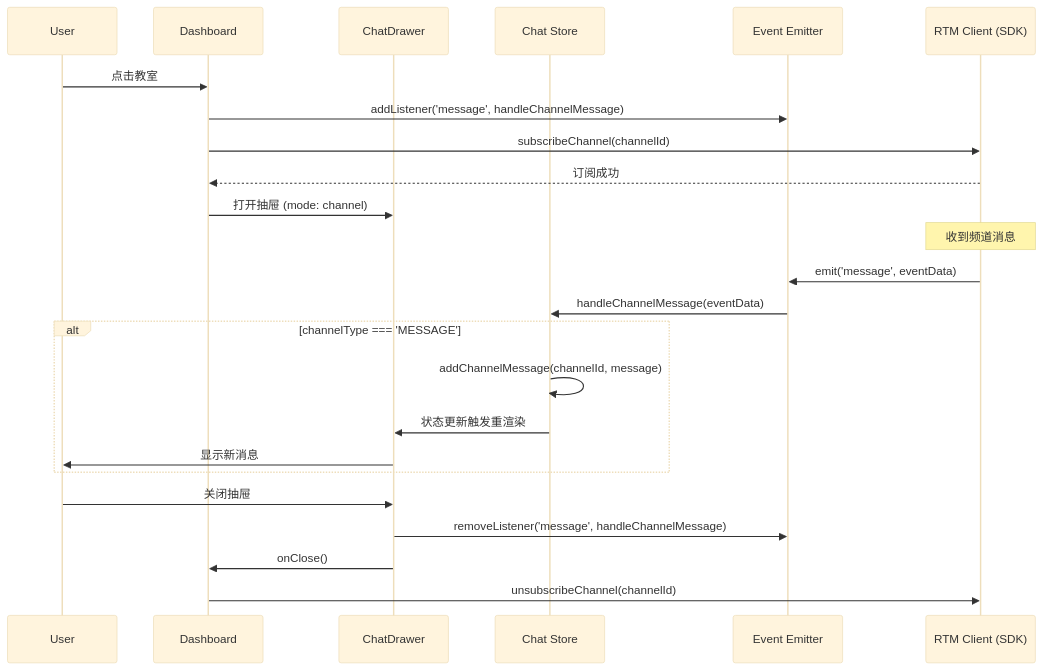
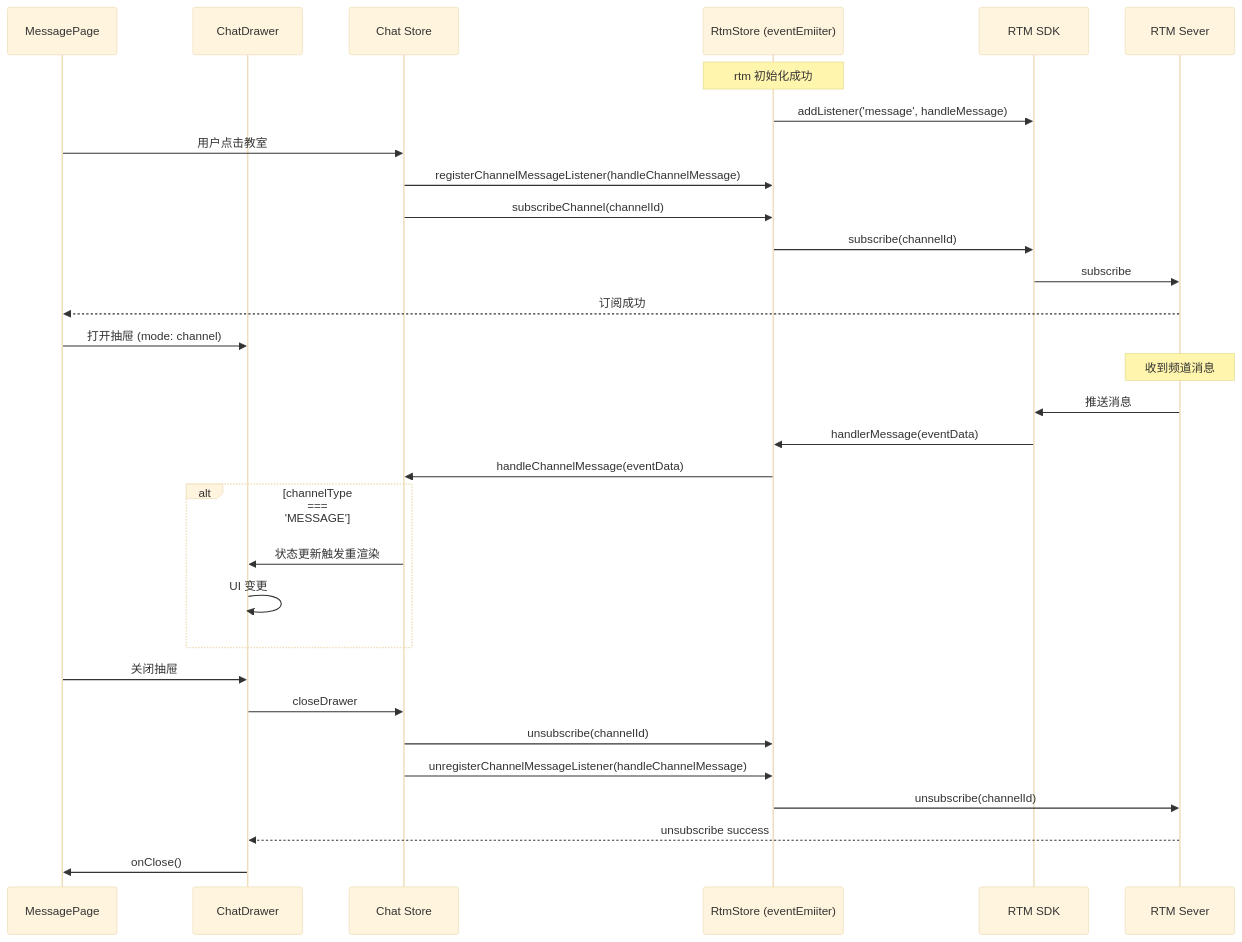
One commit to zhouxueqin0/WebRTM-Demos changed the third of 5 diagrams in docs/RTM_INTEGRATION.md. Above: the diagram before and after it, drawn with Mermaid (base theme). The commit also changed other lines of this file and 35 other files, not shown here.

````diff
--- a/docs/RTM_INTEGRATION.md
+++ b/docs/RTM_INTEGRATION.md
@@ -181,30 +222,39 @@
 ```mermaid
 sequenceDiagram
-    participant User
-    participant Dashboard
+
+    participant MessagePage
     participant ChatDrawer
     participant ChatStore as Chat Store
-    participant EventEmitter as Event Emitter
-    participant RTMClient as RTM Client (SDK)
+    participant RtmStore as RtmStore (eventEmiiter)
+    participant RTMSDK as RTM SDK
+    participant RTMServer as RTM Sever
 
-    User->>Dashboard: 点击教室
-    Dashboard->>EventEmitter: addListener('message', handleChannelMessage)
-    Dashboard->>RTMClient: subscribeChannel(channelId)
-    RTMClient-->>Dashboard: 订阅成功
-    Dashboard->>ChatDrawer: 打开抽屉 (mode: channel)
+    Note over RtmStore: rtm 初始化成功
+    RtmStore->>RTMSDK: addListener('message', handleMessage)
+    MessagePage->>ChatStore: 用户点击教室
+    ChatStore->>RtmStore: registerChannelMessageListener(handleChannelMessage)
+    ChatStore->>RtmStore: subscribeChannel(channelId)
+    RtmStore->>RTMSDK: subscribe(channelId)
+    RTMSDK->>RTMServer: subscribe
+    RTMServer-->>MessagePage: 订阅成功
+    MessagePage->>ChatDrawer: 打开抽屉 (mode: channel)
 
-    Note over RTMClient: 收到频道消息
-    RTMClient->>EventEmitter: emit('message', eventData)
-    EventEmitter->>ChatStore: handleChannelMessage(eventData)
+    Note over RTMServer: 收到频道消息
+    RTMServer->>RTMSDK: 推送消息
+    RTMSDK->>RtmStore: handlerMessage(eventData)
+    RtmStore->>ChatStore: handleChannelMessage(eventData)
 
     alt channelType === 'MESSAGE'
-        ChatStore->>ChatStore: addChannelMessage(channelId, message)
         ChatStore->>ChatDrawer: 状态更新触发重渲染
-        ChatDrawer->>User: 显示新消息
+        ChatDrawer->>ChatDrawer: UI 变更
     end
 
-    User->>ChatDrawer: 关闭抽屉
-    ChatDrawer->>EventEmitter: removeListener('message', handleChannelMessage)
-    ChatDrawer->>Dashboard: onClose()
-    Dashboard->>RTMClient: unsubscribeChannel(channelId)
+    MessagePage->>ChatDrawer: 关闭抽屉
+    ChatDrawer->>ChatStore: closeDrawer
+    ChatStore->>RtmStore: unsubscribe(channelId)
+    ChatStore->>RtmStore: unregisterChannelMessageListener(handleChannelMessage)
+    RtmStore ->> RTMServer: unsubscribe(channelId)
+    RTMServer-->>ChatDrawer: unsubscribe success
+    ChatDrawer->>MessagePage: onClose()
+
 ```
````
